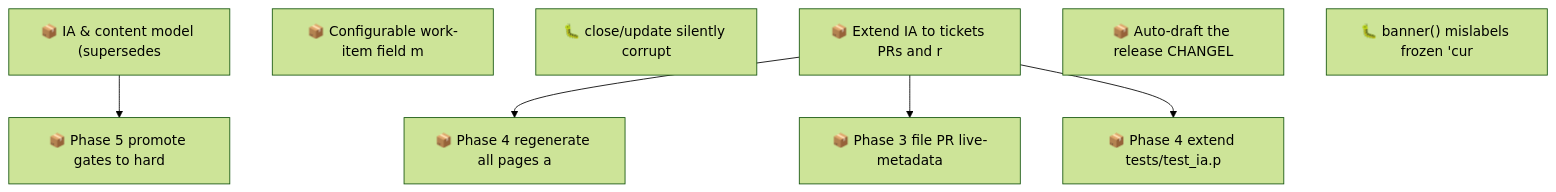
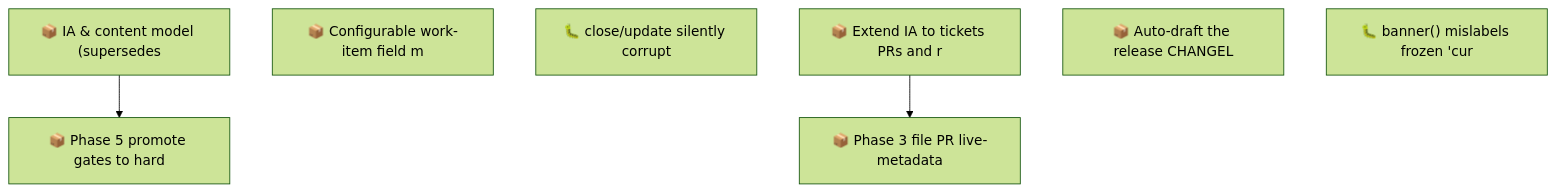
The second of 2 diagrams in docs/roadmap.md (SpillwaveSolutions/wiki_ticket_sdd), drawn with Mermaid (forest theme) before and after one commit. The commit also changed other lines of this file and 9 other files, not shown here.

First line of the commit message:
test(ia): Phase 4 — TestArtifactPages, regeneration, coverage check

````diff
--- a/docs/roadmap.md
+++ b/docs/roadmap.md
@@ -92,17 +80,13 @@
 ```mermaid
 graph TD
     01KY5G9ZW0H2YMNWDFJYGRPYE5["📦 IA & content model (supersedes"]
     01KY5G9ZW0RABXWHEMEP1FAV2G["📦 Phase 5 promote gates to hard"]
     01KY5NE0ZYGBWG44N0KPEBFCZ8["📦 Configurable work-item field m"]
     01KYA99TVCGX79HFNHN1DVT7Y6["🐛 close/update silently corrupt"]
     01KYABYEQP8ANXGYPBCV2T20D8["📦 Extend IA to tickets PRs and r"]
-    01KYABYEQPDS2VFQKQ7B6YXZVR["📦 Phase 4 regenerate all pages a"]
     01KYABYEQPF8N2K26ENRKREE0W["📦 Phase 3 file PR live-metadata"]
-    01KYABYEQPNK7HHH5CMAR2V1JG["📦 Phase 4 extend tests/test_ia.p"]
     01KYAC0AC01R4C6W7YY1X8NVRV["📦 Auto-draft the release CHANGEL"]
     01KYACFJA0SQSF4C83BJZXB5MY["🐛 banner() mislabels frozen 'cur"]
     01KY5G9ZW0H2YMNWDFJYGRPYE5 --> 01KY5G9ZW0RABXWHEMEP1FAV2G
-    01KYABYEQP8ANXGYPBCV2T20D8 --> 01KYABYEQPDS2VFQKQ7B6YXZVR
     01KYABYEQP8ANXGYPBCV2T20D8 --> 01KYABYEQPF8N2K26ENRKREE0W
-    01KYABYEQP8ANXGYPBCV2T20D8 --> 01KYABYEQPNK7HHH5CMAR2V1JG
 ```
````
